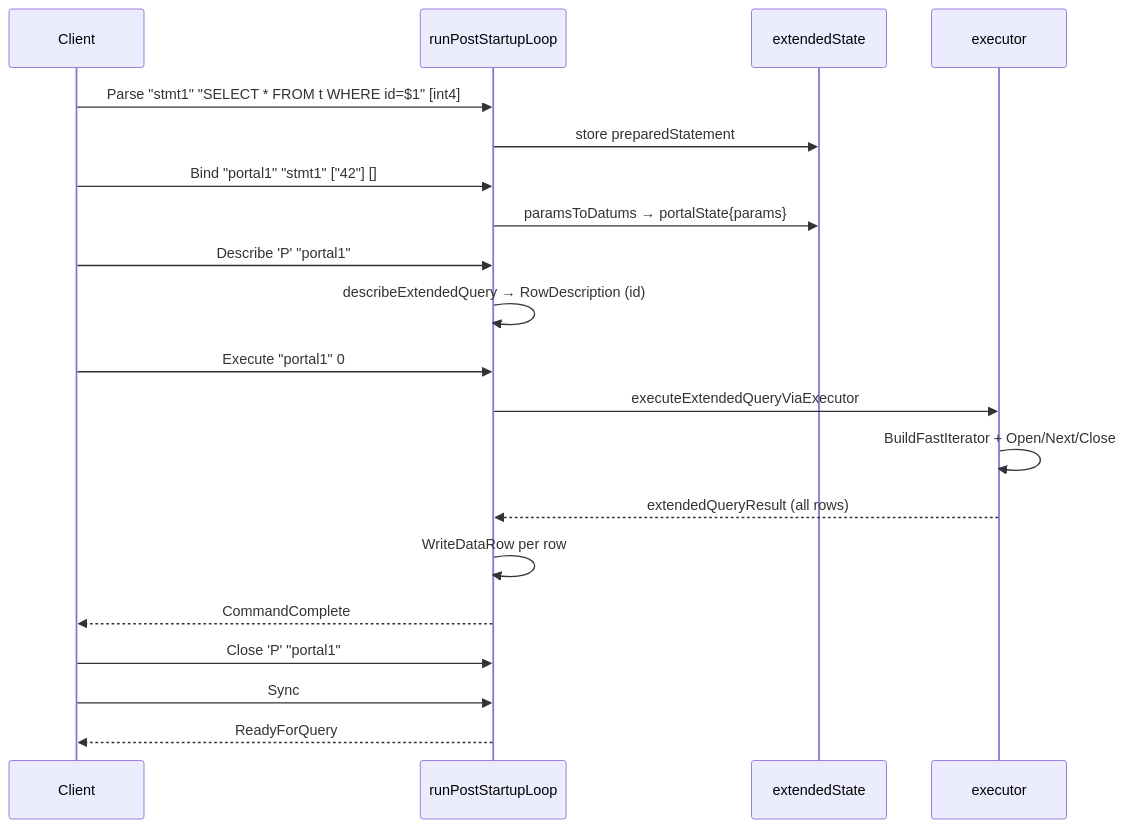
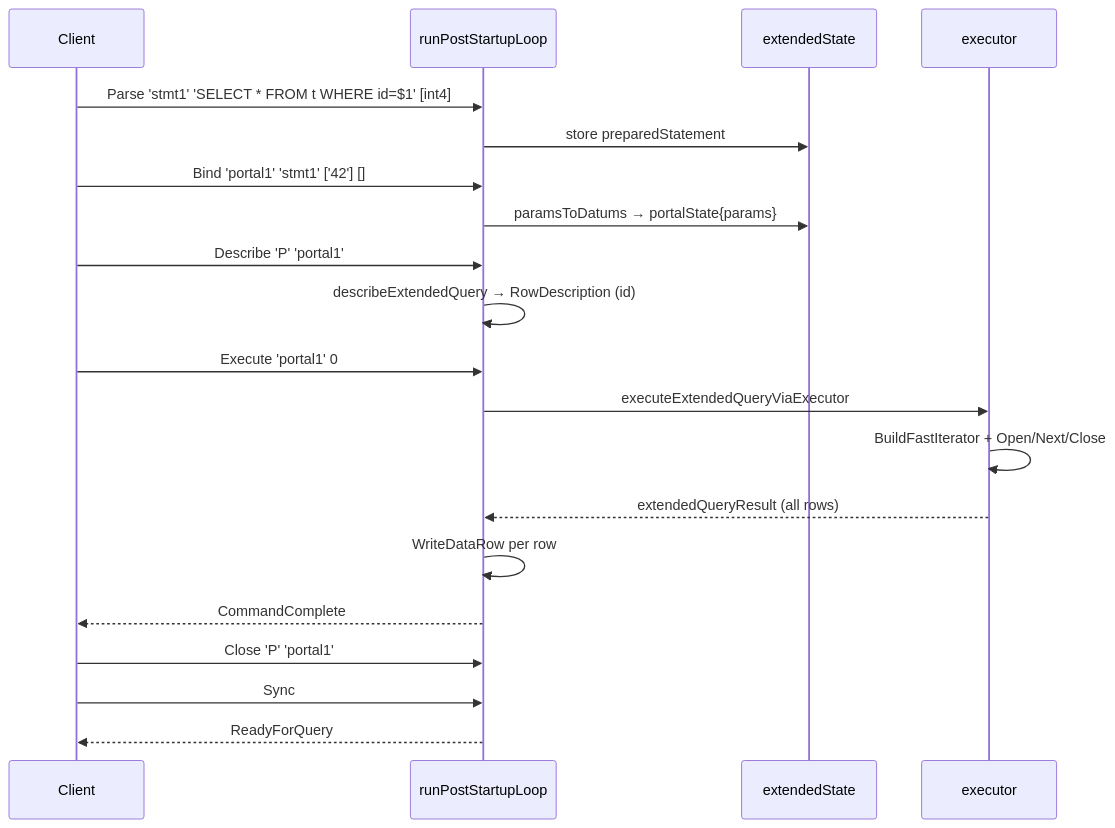
Before and after one commit to ryogrid/goopg: the fifth of 5 diagrams in docs/wiki/modules/postmaster.md, drawn with Mermaid. The commit also changed 24 other files, not shown here.

Commit message:
docs(wiki): fix mermaid syntax errors — reserve keyword LINK, flow chart parens, seq msg quotes/semicolons — M-NIGHTLY

````diff
--- a/docs/wiki/modules/postmaster.md
+++ b/docs/wiki/modules/postmaster.md
@@ -550,22 +550,22 @@
 ```mermaid
 sequenceDiagram
     participant C as Client
     participant P as runPostStartupLoop
     participant X as extendedState
     participant E as executor
-    C->>P: Parse "stmt1" "SELECT * FROM t WHERE id=$1" [int4]
+C->>P: Parse 'stmt1' 'SELECT * FROM t WHERE id=$1' [int4]
     P->>X: store preparedStatement
-    C->>P: Bind "portal1" "stmt1" ["42"] []
+C->>P: Bind 'portal1' 'stmt1' ['42'] []
     P->>X: paramsToDatums → portalState{params}
-    C->>P: Describe 'P' "portal1"
+C->>P: Describe 'P' 'portal1'
     P->>P: describeExtendedQuery → RowDescription (id)
-    C->>P: Execute "portal1" 0
+C->>P: Execute 'portal1' 0
     P->>E: executeExtendedQueryViaExecutor
     E->>E: BuildFastIterator + Open/Next/Close
     E-->>P: extendedQueryResult (all rows)
     P->>P: WriteDataRow per row
     P-->>C: CommandComplete
-    C->>P: Close 'P' "portal1"
+C->>P: Close 'P' 'portal1'
     C->>P: Sync
     P-->>C: ReadyForQuery
 ```
````
